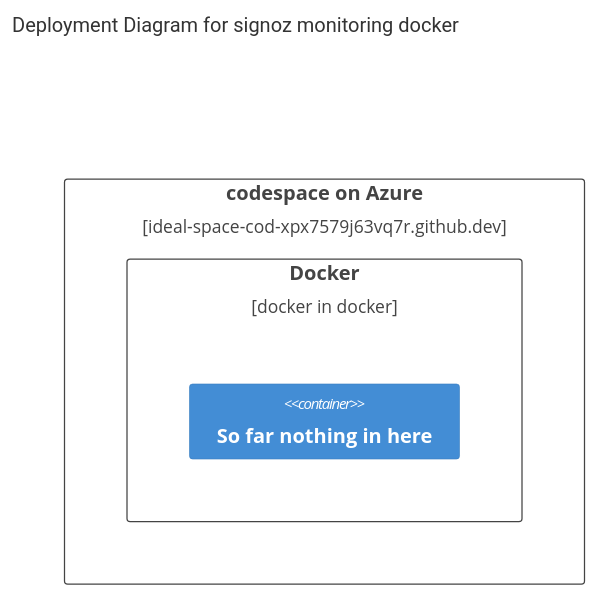
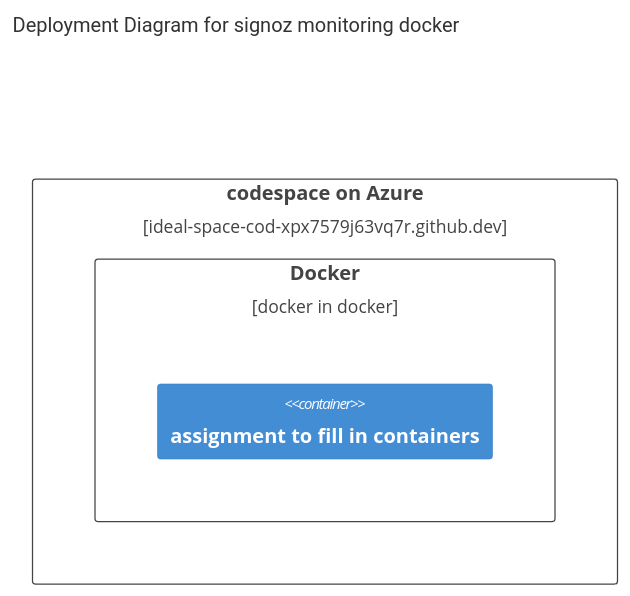
One commit to conestogac-acsit/cdevops-info8985-task1 changed the diagram in README.md. Above: the diagram before and after it, drawn with Mermaid. The commit also changed other lines of this file, not shown here.

````diff
--- a/README.md
+++ b/README.md
@@ -4,11 +8,11 @@
 ```mermaid
     C4Deployment
     title Deployment Diagram for signoz monitoring docker
 
     Deployment_Node(codespace, "codespace on Azure", "ideal-space-cod-xpx7579j63vq7r.github.dev"){
 
         Deployment_Node(docker, "Docker", "docker in docker"){
-            Container(na, "So far nothing in here")
+            Container(start, "assignment to fill in containers")
         }
     }
 ```
````
